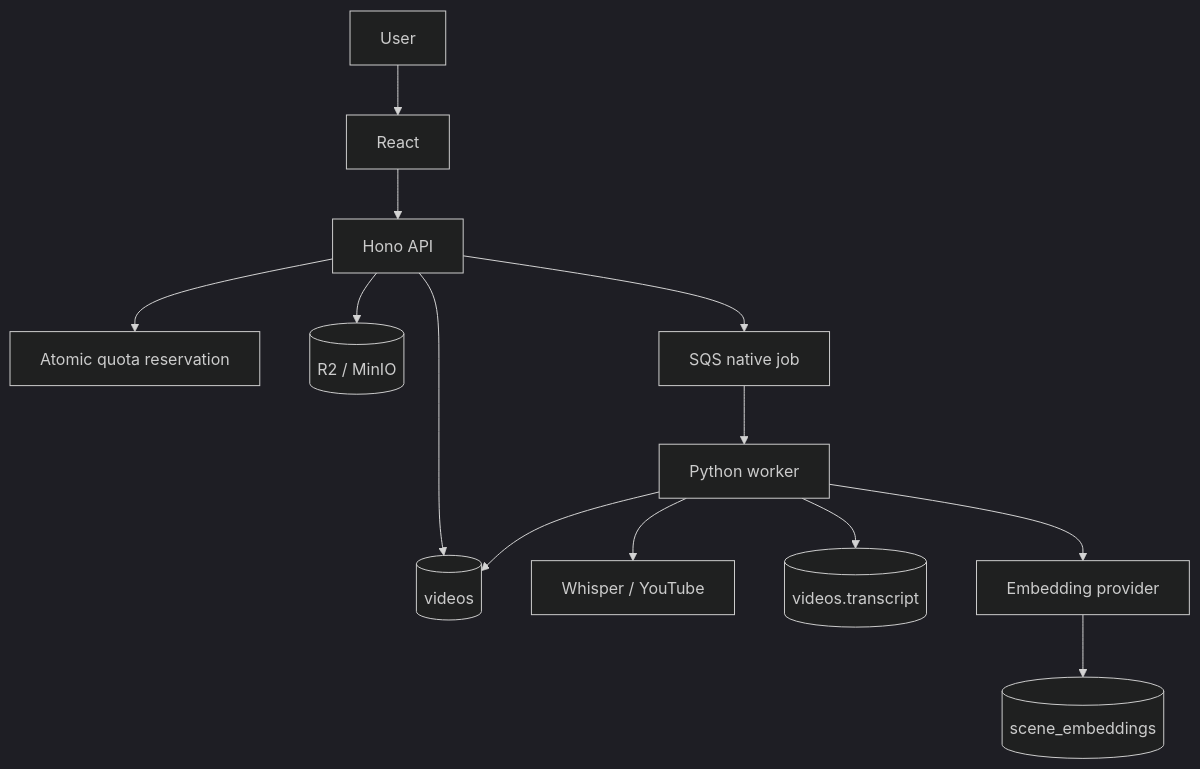
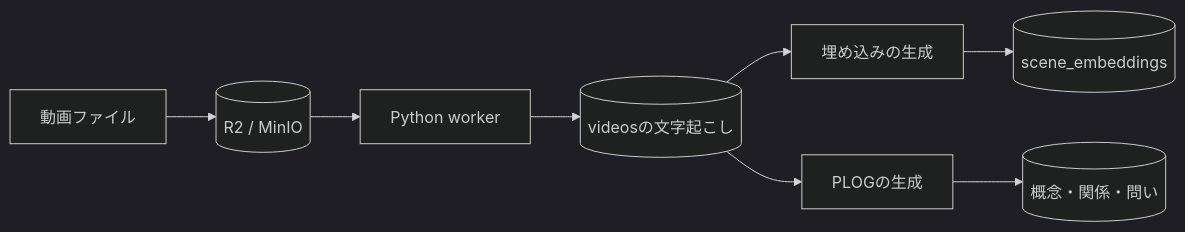
Before and after one commit to yukiharada1228/videoq: the first of 2 diagrams in docs/database/data-flow-diagram.md, drawn with Mermaid (dark theme). The commit also changed other lines of this file and 62 other files, not shown here.

````diff
--- a/docs/database/data-flow-diagram.md
+++ b/docs/database/data-flow-diagram.md
@@ -5,15 +12,10 @@
 ```mermaid
-flowchart TD
-    User --> UI[React]
-    UI --> API[Hono API]
-    API --> Quota[Atomic quota reservation]
-    API --> R2[(R2 / MinIO)]
-    API --> Video[(videos)]
-    API --> SQS[SQS native job]
-    SQS --> Worker[Python worker]
-    Worker --> Whisper[Whisper / YouTube]
-    Worker --> Transcript[(videos.transcript)]
-    Worker --> Embed[Embedding provider]
-    Embed --> Scenes[(scene_embeddings)]
-    Worker --> Video
+flowchart LR
+    File[動画ファイル] --> Store[(R2 / MinIO)]
+    Store --> Worker[Python worker]
+    Worker --> Transcript[(videosの文字起こし)]
+    Transcript --> Index[埋め込みの生成]
+    Index --> Scenes[(scene_embeddings)]
+    Transcript --> Plog[PLOGの生成]
+    Plog --> Concepts[(概念・関係・問い)]
 ```
````
